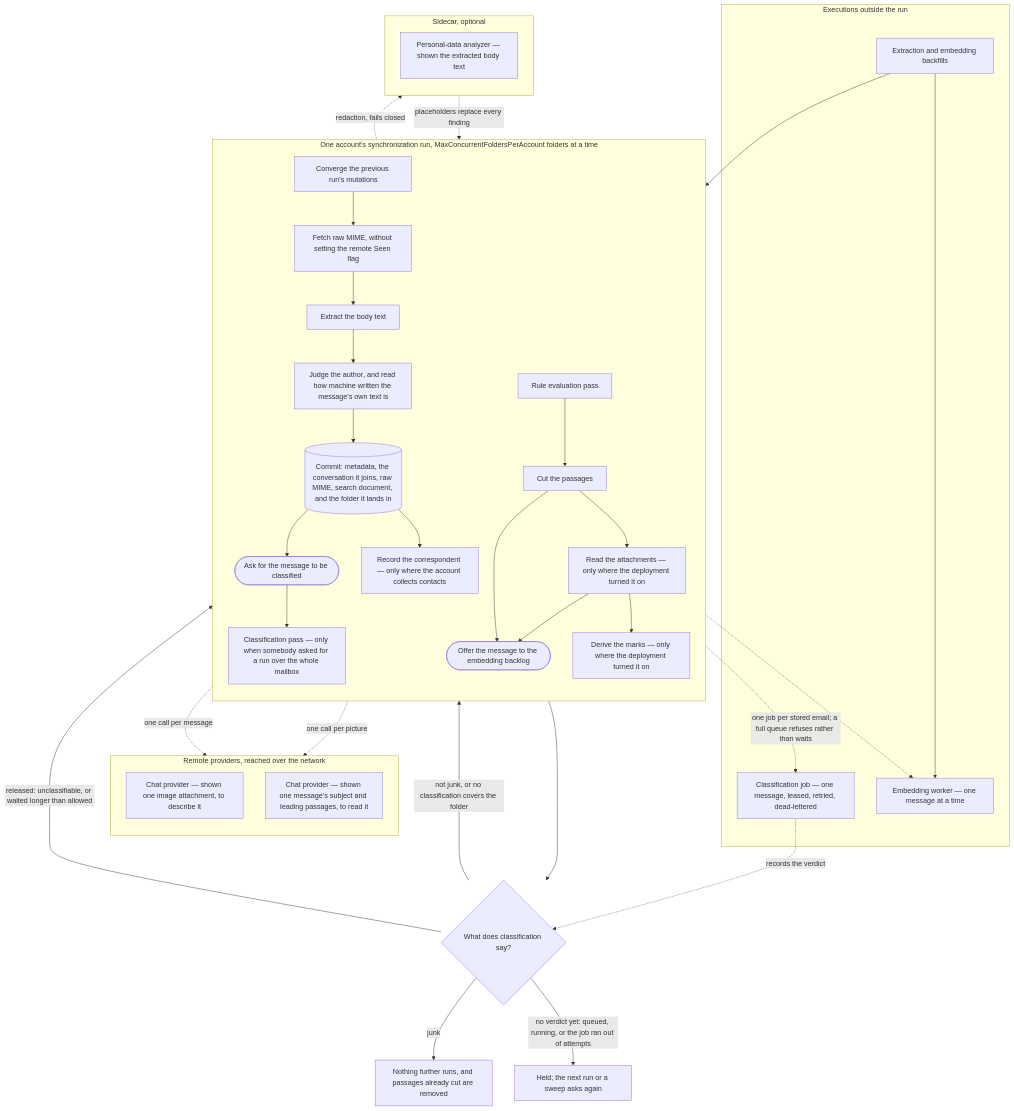
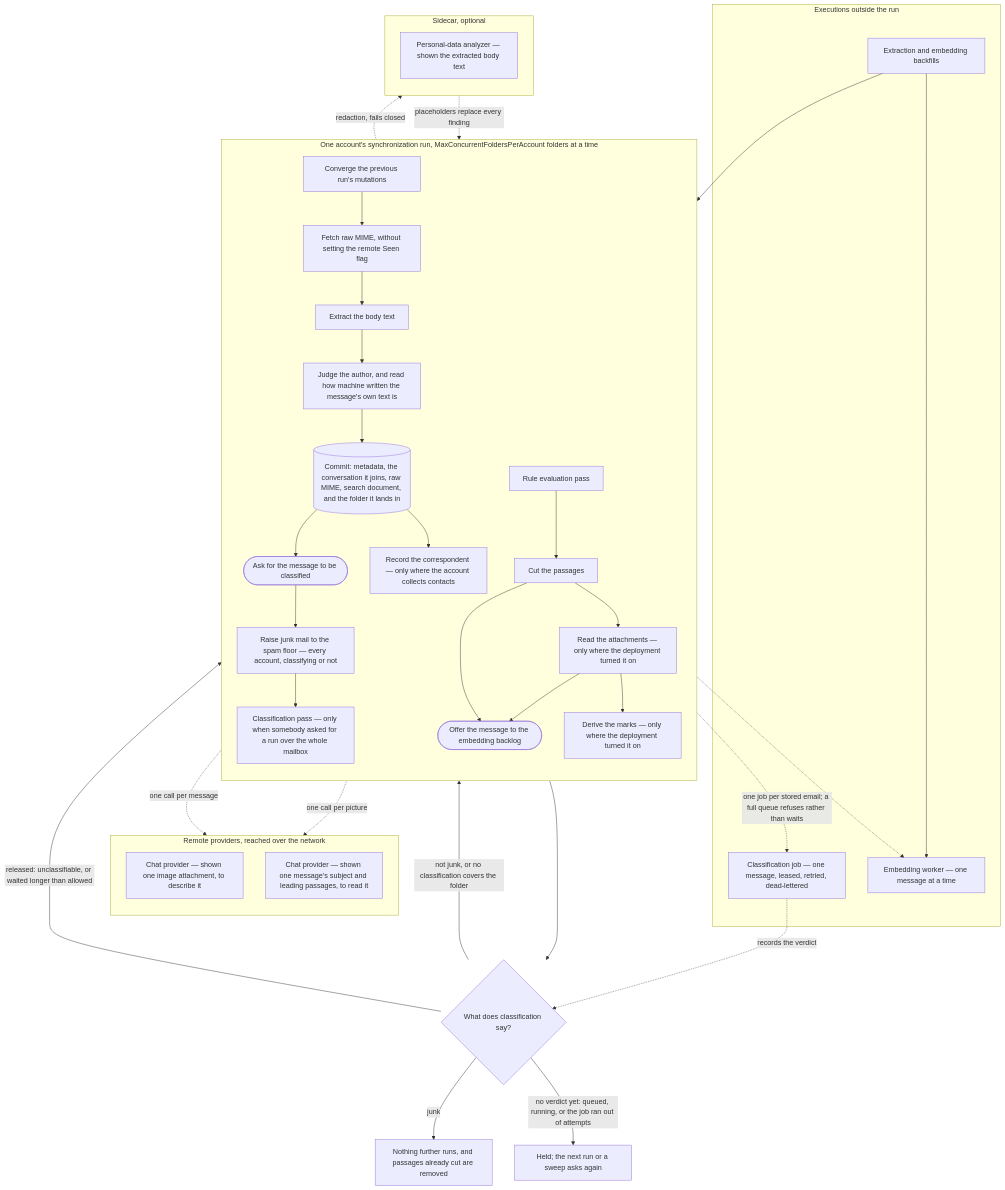
The diagram in docs/architecture/arrival-pipeline.md (fathomise/MailFathom), drawn with Mermaid before and after one commit. The commit also changed other lines of this file and 13 other files, not shown here.

Commit message:
Read the junk folder a message is in now, and cover the spam floor's query, write, and failure isolation

````diff
--- a/docs/architecture/arrival-pipeline.md
+++ b/docs/architecture/arrival-pipeline.md
@@ -16,61 +16,62 @@
 ```mermaid
 flowchart TD
     subgraph run["One account's synchronization run, MaxConcurrentFoldersPerAccount folders at a time"]
         direction TB
         converge["Converge the previous run's mutations"]
         fetch["Fetch raw MIME, without setting the remote Seen flag"]
         extract["Extract the body text"]
         judge["Judge the author, and read how machine written the message's own text is"]
         commit[("Commit: metadata, the conversation it joins, raw MIME, search document, and the folder it lands in")]
         ask(["Ask for the message to be classified"])
         collect["Record the correspondent — only where the account collects contacts"]
+        floor["Raise junk mail to the spam floor — every account, classifying or not"]
         classify["Classification pass — only when somebody asked for a run over the whole mailbox"]
         rules["Rule evaluation pass"]
         cut["Cut the passages"]
         read["Read the attachments — only where the deployment turned it on"]
         offer(["Offer the message to the embedding backlog"])
         enrich["Derive the marks — only where the deployment turned it on"]
     end
 
     subgraph sidecars["Sidecar, optional"]
         direction TB
         presidio["Personal-data analyzer — shown the extracted body text"]
     end
 
     subgraph remote["Remote providers, reached over the network"]
         direction TB
         vision["Chat provider — shown one image attachment, to describe it"]
         enricher["Chat provider — shown one message's subject and leading passages, to read it"]
     end
 
     subgraph elsewhere["Executions outside the run"]
         job["Classification job — one message, leased, retried, dead-lettered"]
         worker["Embedding worker — one message at a time"]
         sweeps["Extraction and embedding backfills"]
     end
 
     converge --> fetch --> extract --> judge
     judge -. "redaction, fails closed" .-> presidio
     presidio -. "placeholders replace every finding" .-> judge
     judge --> commit
     commit --> ask
     commit --> collect
     ask -. "one job per stored email; a full queue refuses rather than waits" .-> job
-    ask --> classify
+    ask --> floor --> classify
     job -. "records the verdict" .-> gate
     classify --> gate{"What does classification say?"}
     gate -- "junk" --> withheld["Nothing further runs, and passages already cut are removed"]
     gate -- "not junk, or no classification covers the folder" --> rules
     gate -- "no verdict yet: queued, running, or the job ran out of attempts" --> held["Held; the next run or a sweep asks again"]
     gate -- "released: unclassifiable, or waited longer than allowed" --> rules
     rules --> cut
     cut --> offer
     cut --> read
     read --> offer
     read -. "one call per picture" .-> vision
     read --> enrich
     enrich -. "one call per message" .-> enricher
     offer -.-> worker
     sweeps --> cut
     sweeps --> worker
 ```
````
